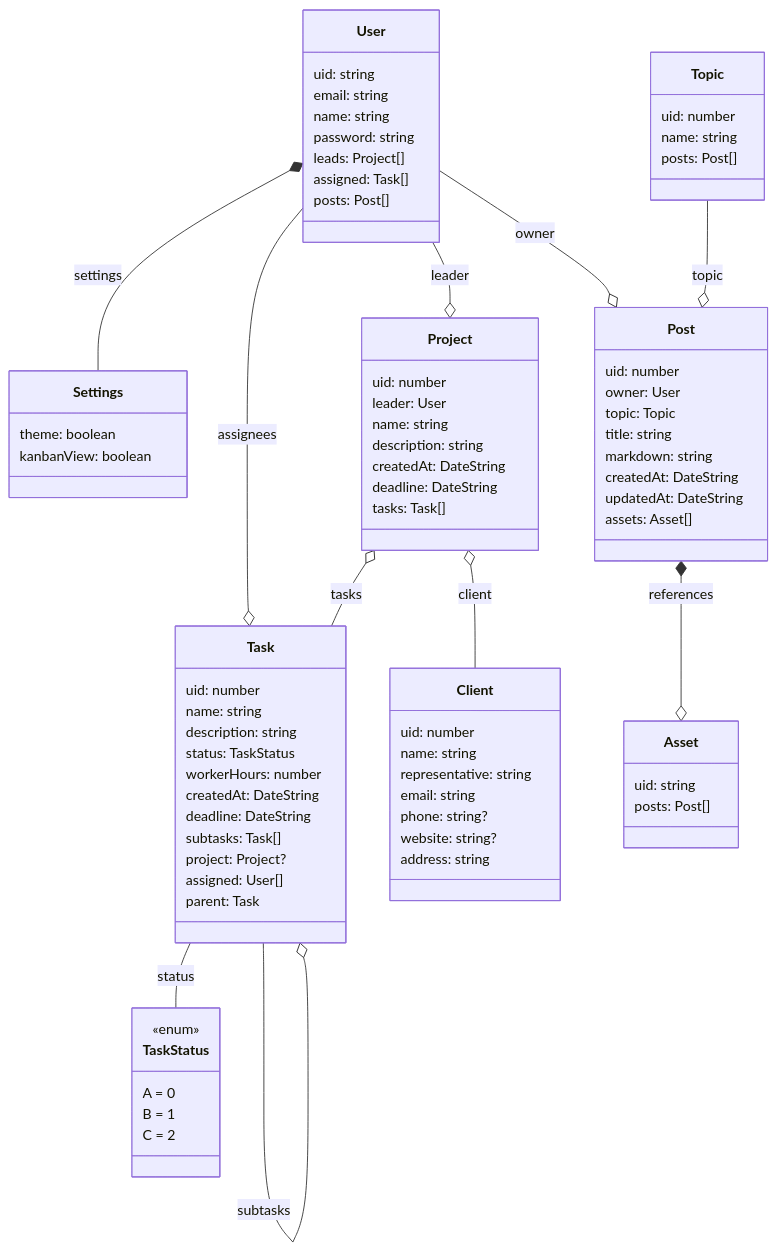
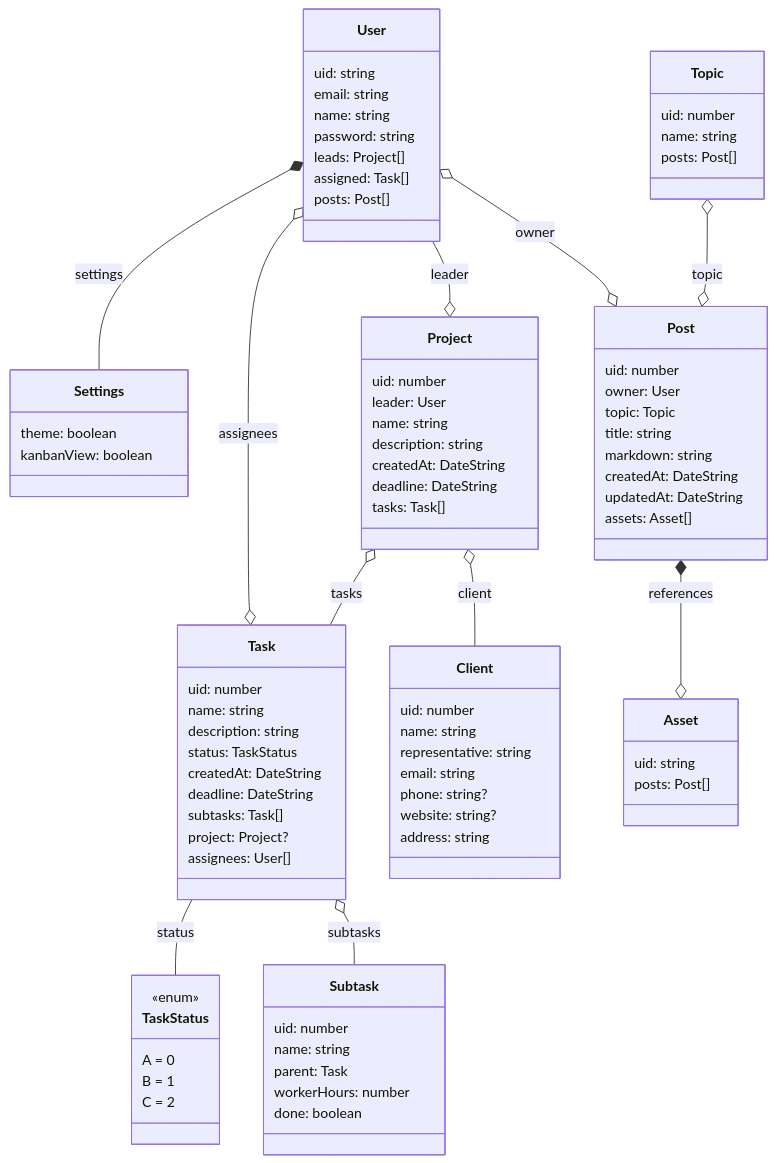
Before and after one commit to lborocs/22cob290-part2-team-07: the diagram in design/schema.md, drawn with Mermaid. The commit also changed 1 other file, not shown here.

Commit message:
subtasks are modelled seperatelly

```diff
--- a/design/schema.md
+++ b/design/schema.md
@@ -3,14 +3,14 @@
 direction TB
 
 User *-- Settings: settings
-User --o Task: assignees
+User o--o Task: assignees
 Task -- TaskStatus: status
-Task --o Task: subtasks
+Task o-- Subtask: subtasks
 Project o-- Task: tasks
 Project o-- Client: client
 User --o Project: leader
-User --o Post: owner
-Topic --o Post: topic
+User o--o Post: owner
+Topic o--o Post: topic
 Post *--o Asset: references
 
 class User {
@@ -28,13 +28,19 @@
 	name: string
 	description: string
 	status: TaskStatus
-	workerHours: number
 	createdAt: DateString
 	deadline: DateString
 	subtasks: Task[]
 	project: Project?
-	assigned: User[]
+	assignees: User[]
+}
+
+class Subtask {
+	uid: number
+	name: string
 	parent: Task
+	workerHours: number
+	done: boolean
 }
 
 class TaskStatus {
```
